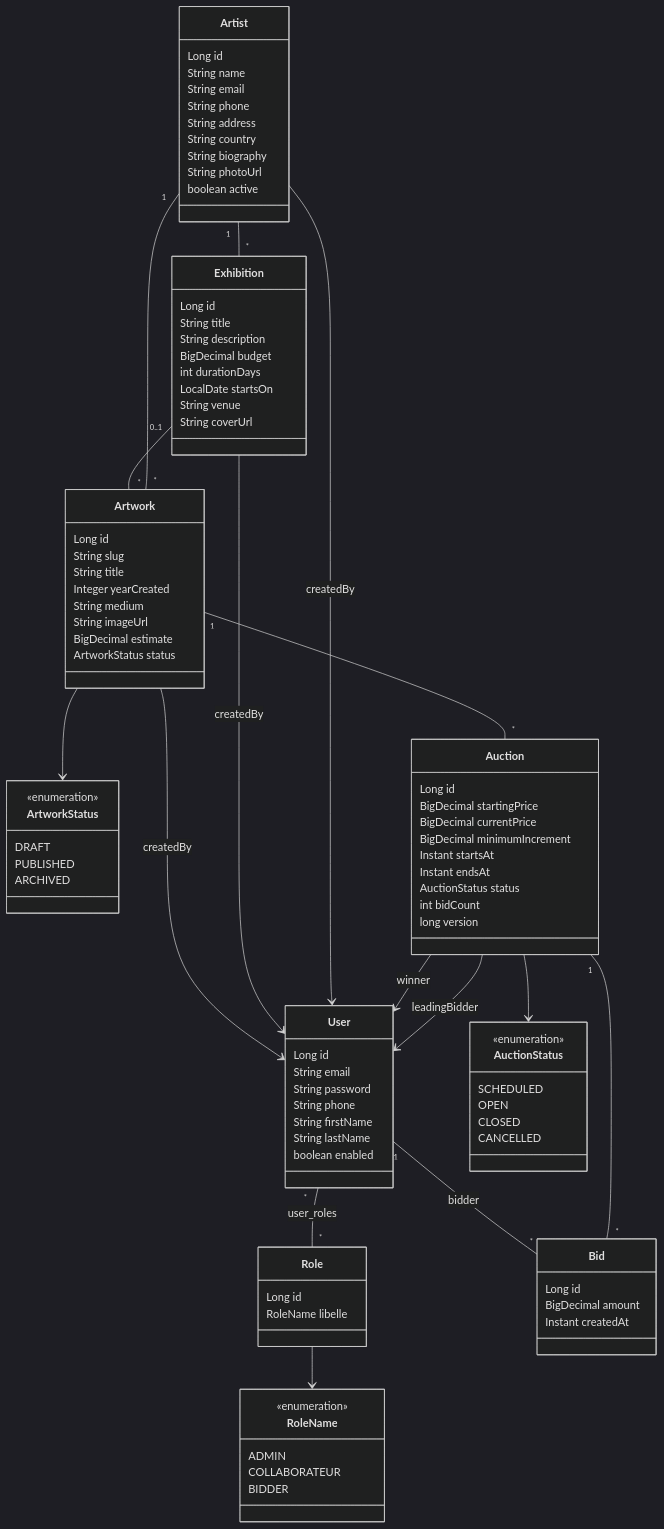
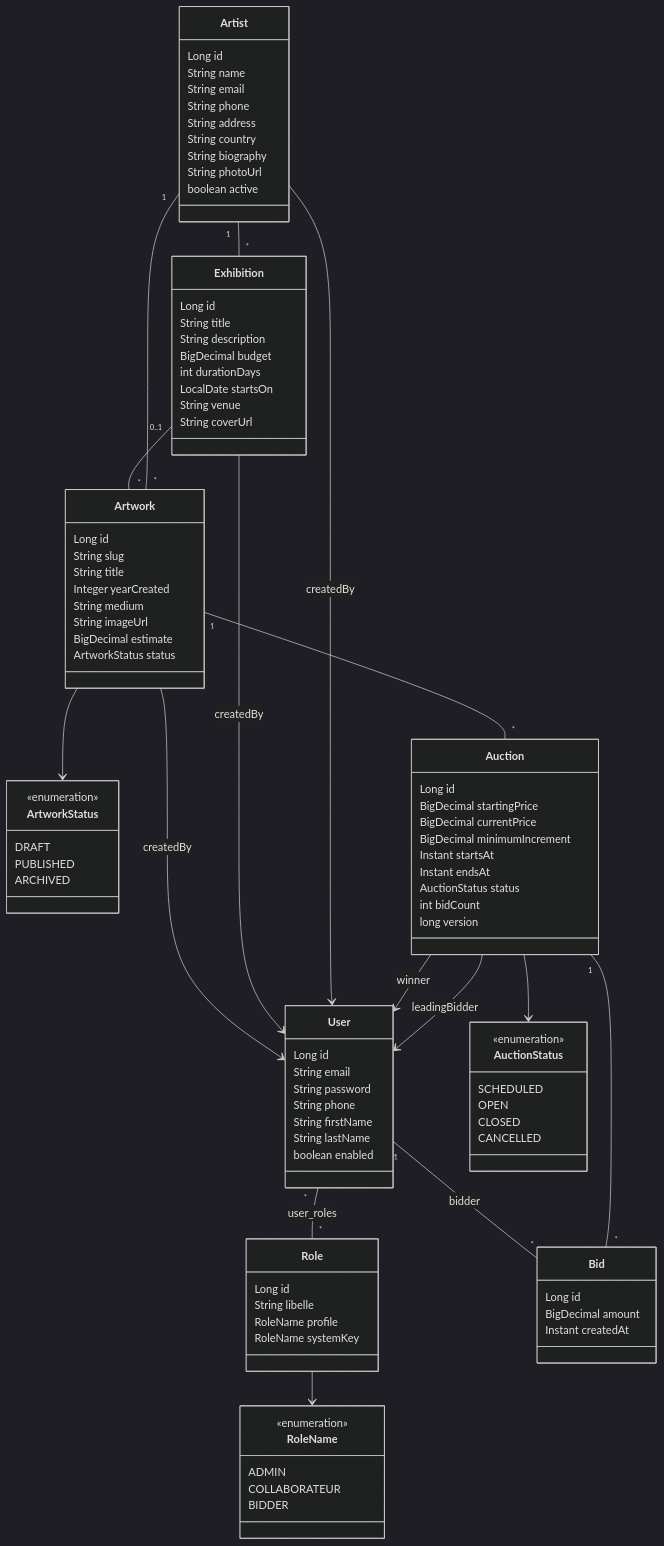
One commit to aziza-bellanes/angluar-springboot-project changed the second of 4 diagrams in docs/ARCHITECTURE.md. Above: the diagram before and after it, drawn with Mermaid (dark theme). The commit also changed other lines of this file and 61 other files, not shown here.

```diff
--- a/docs/ARCHITECTURE.md
+++ b/docs/ARCHITECTURE.md
@@ -75,7 +75,9 @@
     }
     class Role {
         Long id
-        RoleName libelle
+        String libelle
+        RoleName profile
+        RoleName systemKey
     }
     class RoleName {
         <<enumeration>>
```
